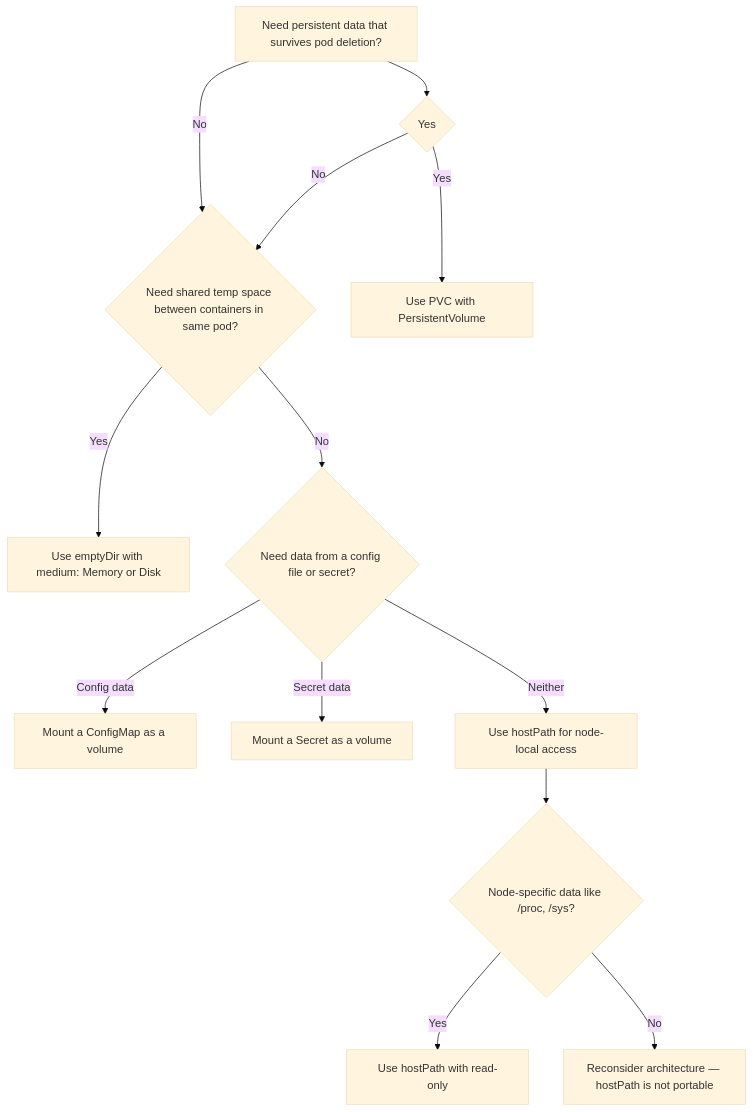
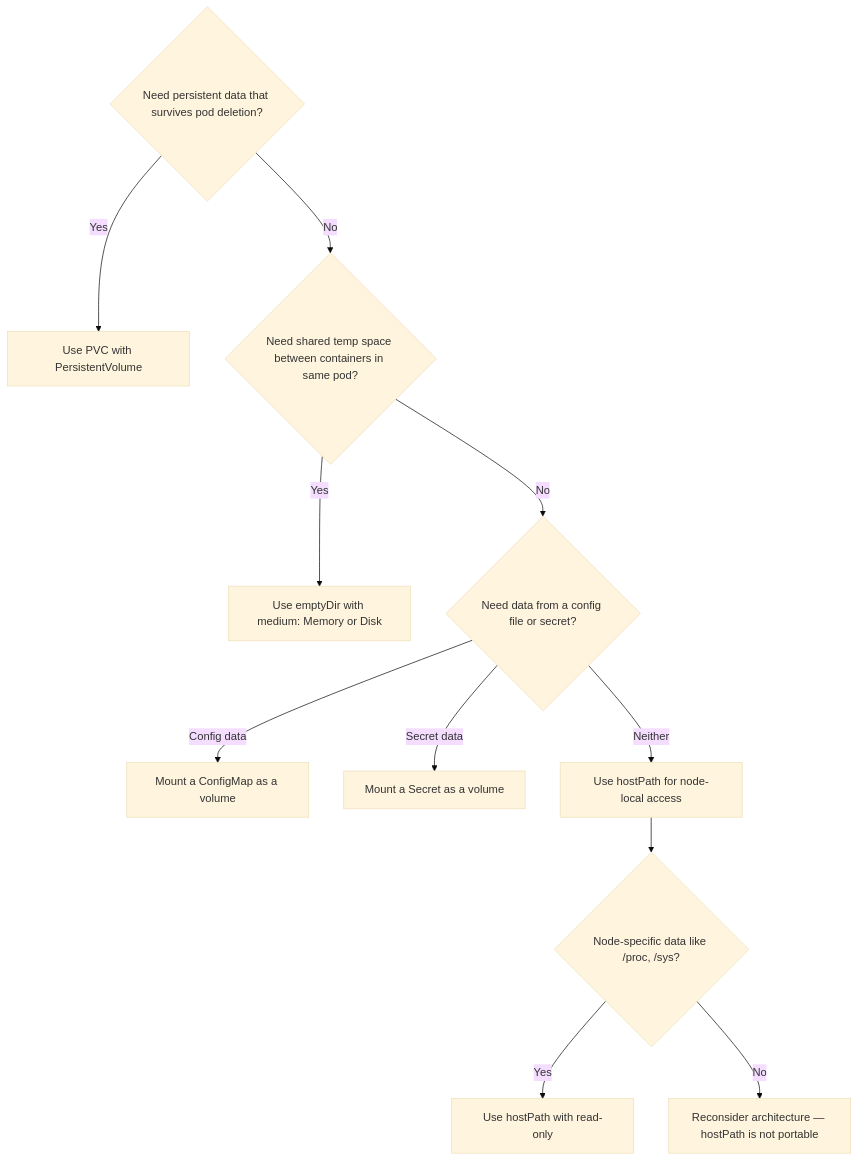
Before and after one commit to MattiaFanan/k8s-notes: the diagram in 05-storage/2-mechanics/02-common-ckad-storage-types.md, drawn with Mermaid (base theme). The commit also changed other lines of this file and 1 other file, not shown here.

Commit message:
fixed comment 1

````diff
--- a/05-storage/2-mechanics/02-common-ckad-storage-types.md
+++ b/05-storage/2-mechanics/02-common-ckad-storage-types.md
@@ -9,16 +9,13 @@
 ```mermaid
 flowchart TD
-    A[Need persistent data that survives pod deletion?] --> B{Yes}
+    A{Need persistent data that survives pod deletion?} -->|Yes| B[Use PVC with PersistentVolume]
     A -->|No| C{Need shared temp space between containers in same pod?}
-    B -->|Yes| D[Use PVC with PersistentVolume]
-    B -->|No| C
-
-    C -->|Yes| E[Use emptyDir with medium: Memory or Disk]
-    C -->|No| F{Need data from a config file or secret?}
-    F -->|Config data| G[Mount a ConfigMap as a volume]
-    F -->|Secret data| H[Mount a Secret as a volume]
-    F -->|Neither| I[Use hostPath for node-local access]
-    I --> J{Node-specific data like /proc, /sys?}
-    J -->|Yes| K[Use hostPath with read-only]
-    J -->|No| L[Reconsider architecture — hostPath is not portable]
+    C -->|Yes| D[Use emptyDir with medium: Memory or Disk]
+    C -->|No| E{Need data from a config file or secret?}
+    E -->|Config data| F[Mount a ConfigMap as a volume]
+    E -->|Secret data| G[Mount a Secret as a volume]
+    E -->|Neither| H[Use hostPath for node-local access]
+    H --> I{Node-specific data like /proc, /sys?}
+    I -->|Yes| J[Use hostPath with read-only]
+    I -->|No| K[Reconsider architecture — hostPath is not portable]
 ```
````
